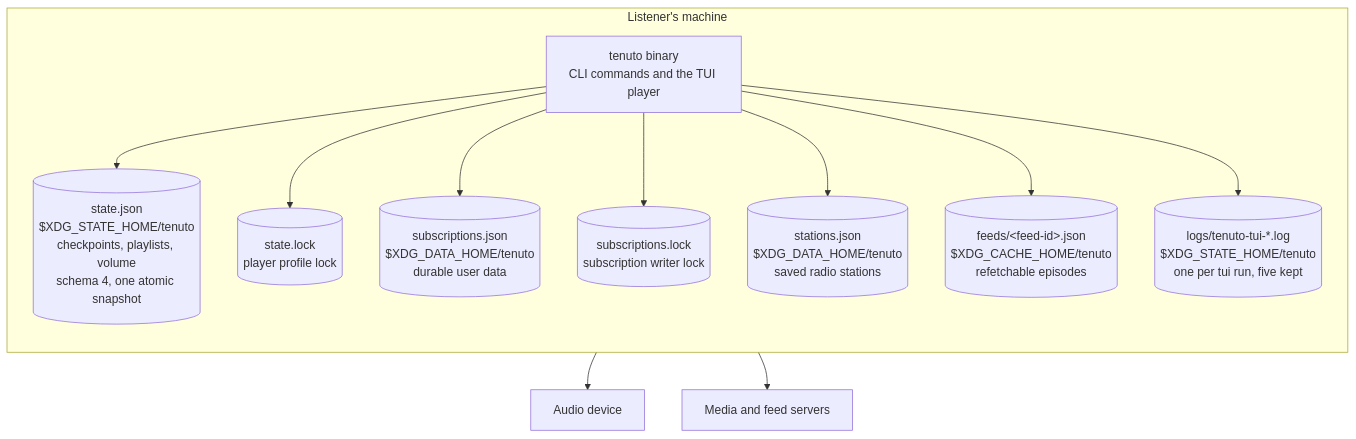
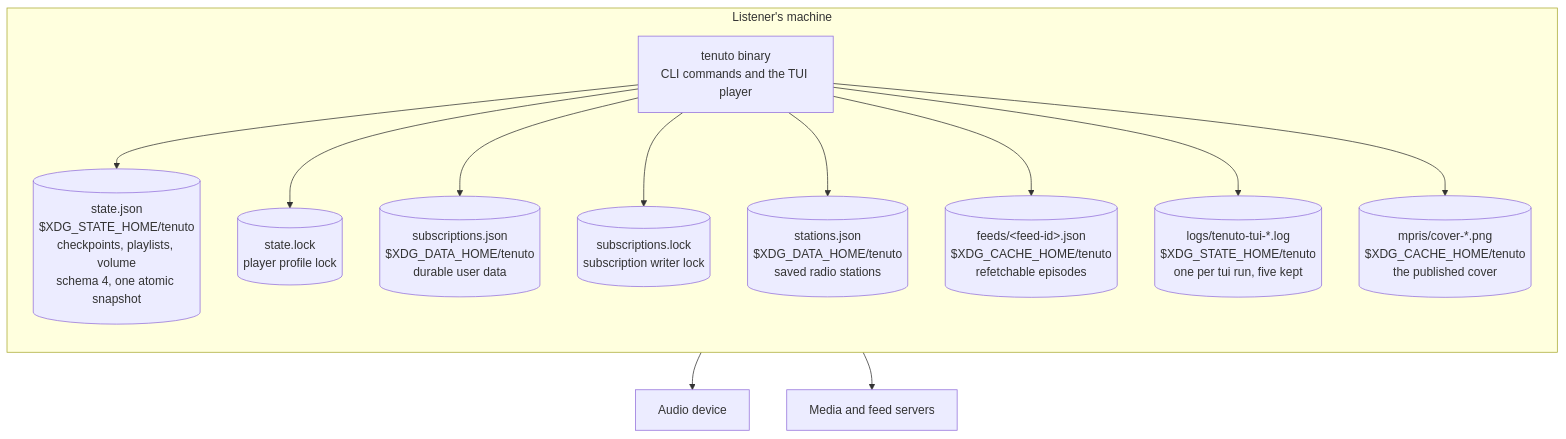
One commit to alvytsk/tenuto changed the second of 5 diagrams in docs/architecture.md. Above: the diagram before and after it, drawn with Mermaid. The commit also changed other lines of this file and 4 other files, not shown here.

First line of the commit message:
chore: audit workflow can report; architecture doc covers M11; drop review-round tags (#53)

````diff
--- a/docs/architecture.md
+++ b/docs/architecture.md
@@ -66,26 +68,28 @@
 ```mermaid
 flowchart TB
     subgraph host["Listener's machine"]
         direction TB
         bin["tenuto binary<br/>CLI commands and the TUI player"]
         state[("state.json<br/>$XDG_STATE_HOME/tenuto<br/>checkpoints, playlists, volume<br/>schema 4, one atomic snapshot")]
         lock[("state.lock<br/>player profile lock")]
         subs[("subscriptions.json<br/>$XDG_DATA_HOME/tenuto<br/>durable user data")]
         slock[("subscriptions.lock<br/>subscription writer lock")]
         stations[("stations.json<br/>$XDG_DATA_HOME/tenuto<br/>saved radio stations")]
         cache[("feeds/&lt;feed-id&gt;.json<br/>$XDG_CACHE_HOME/tenuto<br/>refetchable episodes")]
         logs[("logs/tenuto-tui-*.log<br/>$XDG_STATE_HOME/tenuto<br/>one per tui run, five kept")]
+        covers[("mpris/cover-*.png<br/>$XDG_CACHE_HOME/tenuto<br/>the published cover")]
     end
     device["Audio device"]
     net["Media and feed servers"]
 
     bin --> state
     bin --> lock
     bin --> subs
     bin --> slock
     bin --> stations
     bin --> cache
     bin --> logs
+    bin --> covers
     bin --> device
     bin --> net
 ```
````
